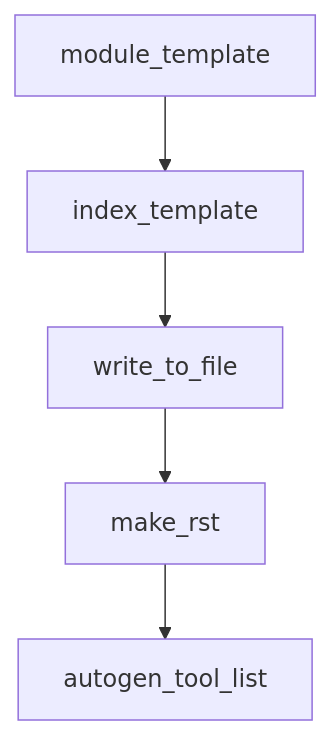
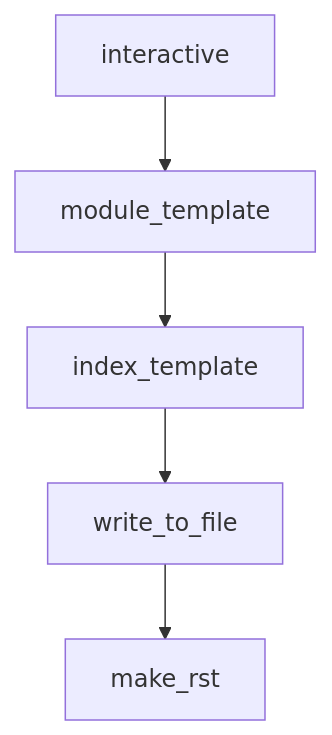
Before and after one commit to johnxie/awesome-code-docs: the diagram in tutorials/serena-tutorial/01-getting-started.md, drawn with Mermaid. The commit also changed other lines of this file and 1232 other files, not shown here.

````diff
--- a/tutorials/serena-tutorial/01-getting-started.md
+++ b/tutorials/serena-tutorial/01-getting-started.md
@@ -226,12 +224,12 @@
 ```mermaid
 flowchart TD
-    A[module_template]
-    B[index_template]
-    C[write_to_file]
-    D[make_rst]
-    E[autogen_tool_list]
+    A[interactive]
+    B[module_template]
+    C[index_template]
+    D[write_to_file]
+    E[make_rst]
     A --> B
     B --> C
     C --> D
     D --> E
 ```
````
